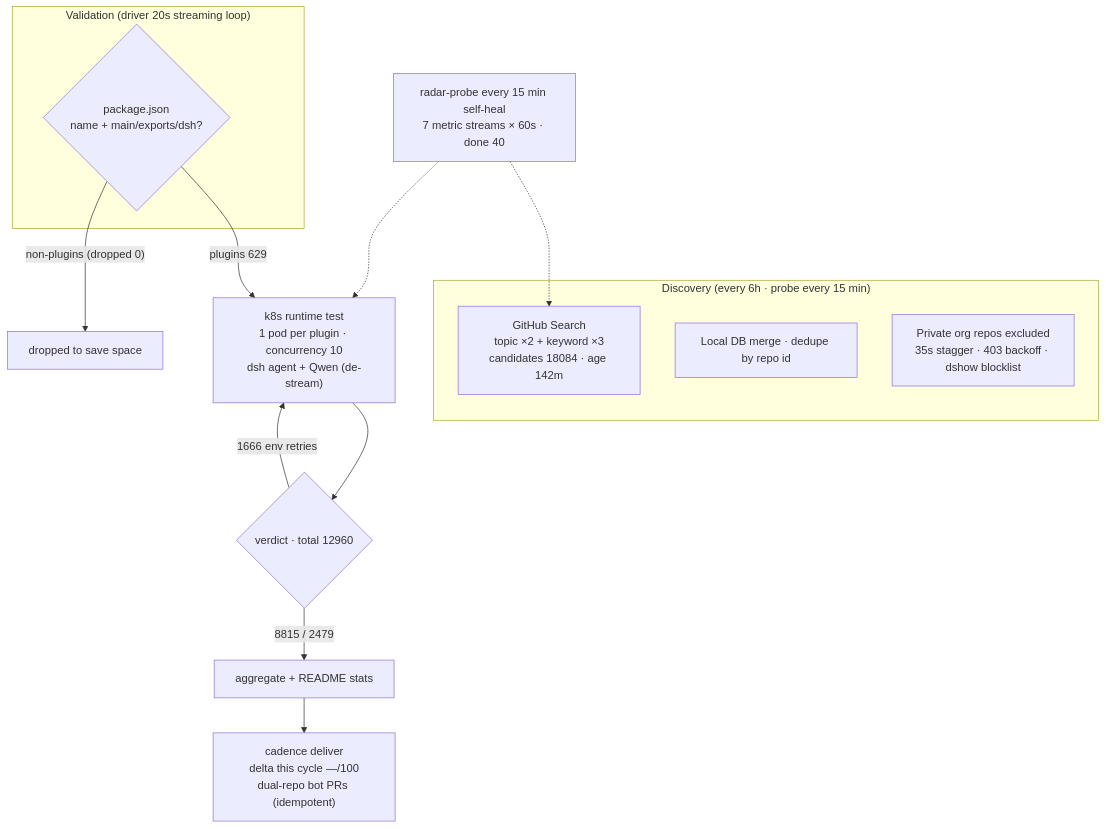
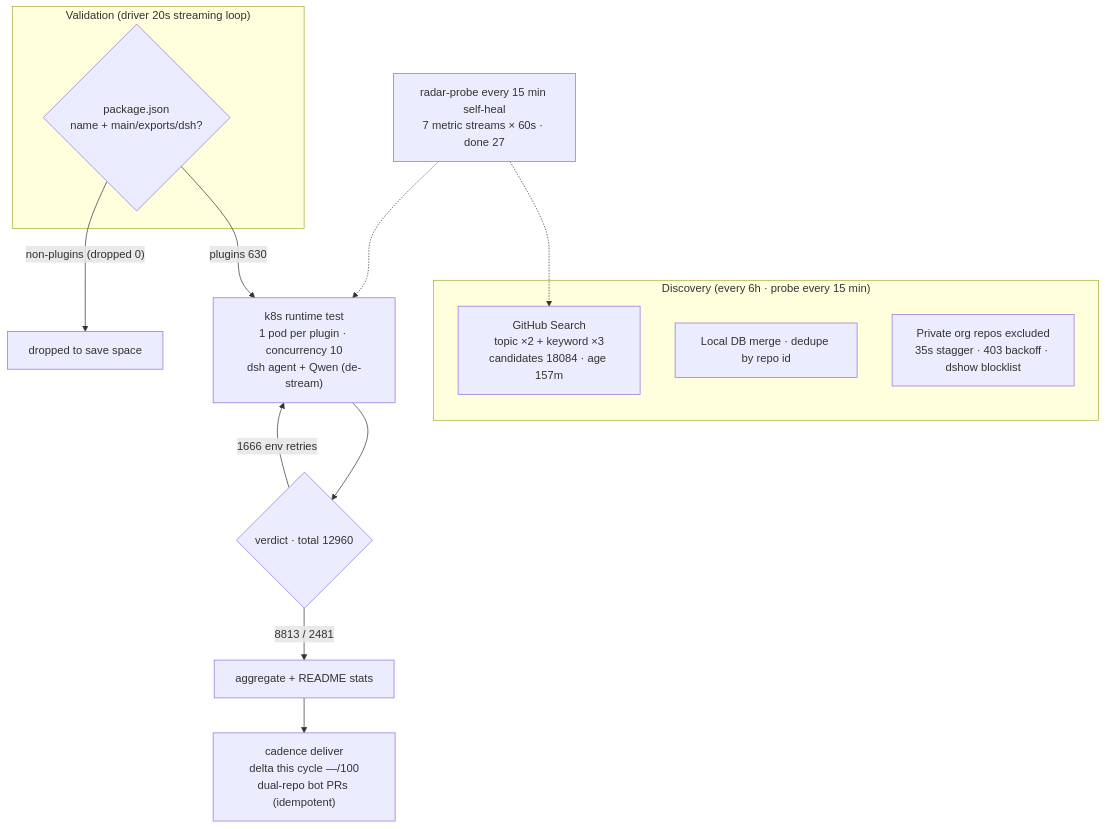
Before and after one commit to AdamPlatin123/awesome-dsh-plugins: the diagram in README.en-US.md, drawn with Mermaid. The commit also changed other lines of this file and 5 other files, not shown here.

````diff
--- a/README.en-US.md
+++ b/README.en-US.md
@@ -45,20 +45,20 @@
 ```mermaid
 flowchart TB
     subgraph Discovery["Discovery (every 6h · probe every 15 min)"]
-        A1["GitHub Search<br/>topic ×2 + keyword ×3<br/>candidates 18084 · age 142m"]
+        A1["GitHub Search<br/>topic ×2 + keyword ×3<br/>candidates 18084 · age 157m"]
         A2["Local DB merge · dedupe by repo id"]
         A3["Private org repos excluded<br/>35s stagger · 403 backoff · dshow blocklist"]
     end
     subgraph Validation["Validation (driver 20s streaming loop)"]
         B1{"package.json<br/>name + main/exports/dsh?"}
     end
-    B1 -->|"plugins 629"| C1["k8s runtime test<br/>1 pod per plugin · concurrency 10<br/>dsh agent + Qwen (de-stream)"]
+    B1 -->|"plugins 630"| C1["k8s runtime test<br/>1 pod per plugin · concurrency 10<br/>dsh agent + Qwen (de-stream)"]
     B1 -->|"non-plugins (dropped 0)"| B3["dropped to save space"]
     C1 --> D1{"verdict · total 12960"}
-    D1 -->|"8815 / 2479"| E1["aggregate + README stats"]
+    D1 -->|"8813 / 2481"| E1["aggregate + README stats"]
     D1 -->|"1666 env retries"| C1
     E1 --> E2["cadence deliver<br/>delta this cycle —/100<br/>dual-repo bot PRs (idempotent)"]
-    M["radar-probe every 15 min self-heal<br/>7 metric streams × 60s · done 40"]
+    M["radar-probe every 15 min self-heal<br/>7 metric streams × 60s · done 27"]
     M -.-> A1
     M -.-> C1
 ```
````
